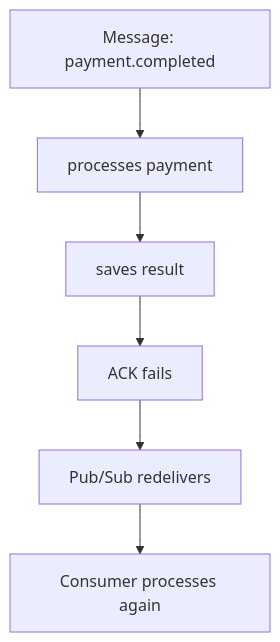
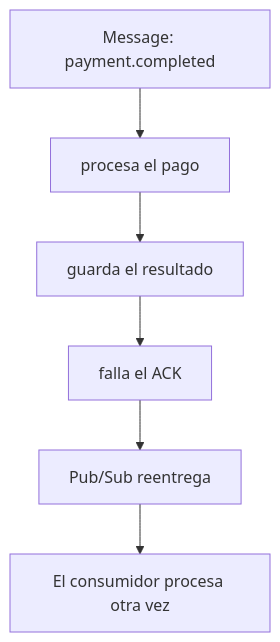
One commit to mytheondev/mytheondev changed the fourth of 10 diagrams in src/content/blog/google-cloud-pubsub-how-to-use-it-correctly.es.md. Above: the diagram before and after it, drawn with Mermaid. The commit also changed other lines of this file and 33 other files, not shown here.

````diff
--- a/src/content/blog/google-cloud-pubsub-how-to-use-it-correctly.es.md
+++ b/src/content/blog/google-cloud-pubsub-how-to-use-it-correctly.es.md
@@ -115,8 +118,8 @@
 ```mermaid
 flowchart TD
-  Msg["Message: payment.completed"] --> Process[processes payment]
-  Process --> Save[saves result]
-  Save --> AckFail[ACK fails]
-  AckFail --> Redeliver[Pub/Sub redelivers]
-  Redeliver --> Again[Consumer processes again]
+  Msg["Message: payment.completed"] --> Process[procesa el pago]
+  Process --> Save[guarda el resultado]
+  Save --> AckFail[falla el ACK]
+  AckFail --> Redeliver[Pub/Sub reentrega]
+  Redeliver --> Again[El consumidor procesa otra vez]
 ```
````
